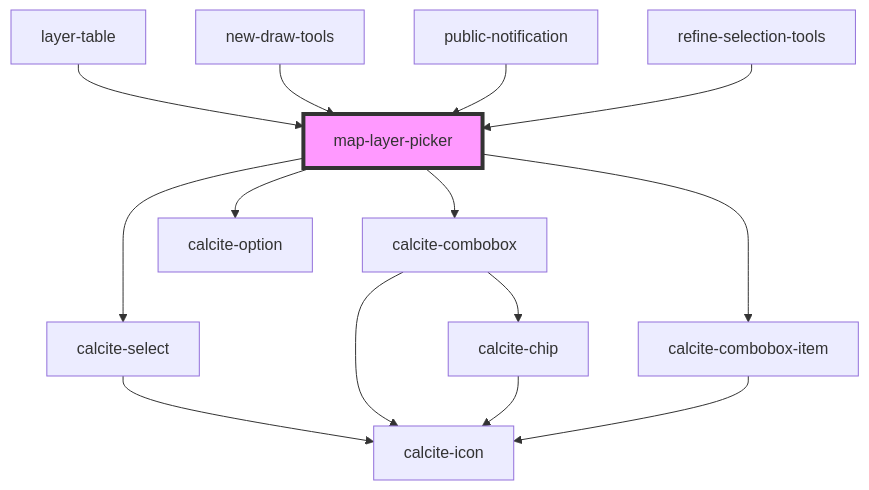
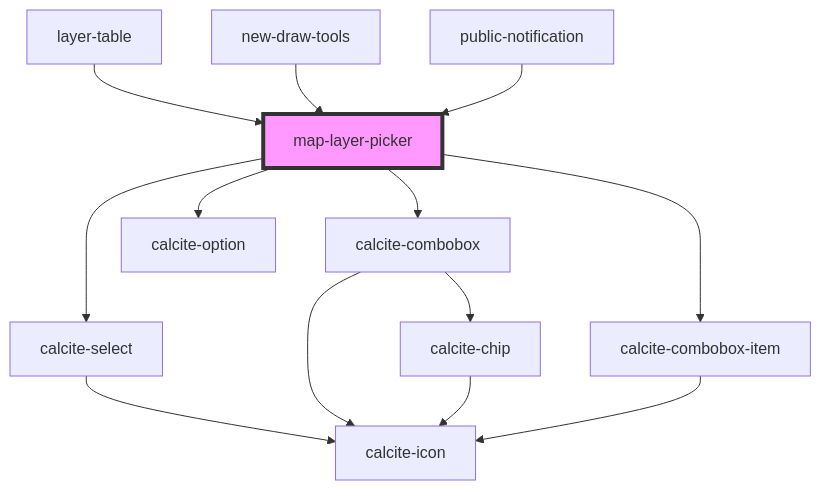
Before and after one commit to Esri/solutions-components: the diagram in src/components/map-layer-picker/readme.md, drawn with Mermaid. The commit also changed other lines of this file and 15 other files, not shown here.

Commit message:
remove map-draw-tools and refine-selection-tools

````diff
--- a/src/components/map-layer-picker/readme.md
+++ b/src/components/map-layer-picker/readme.md
@@ -42,17 +41,16 @@
 ```mermaid
 graph TD;
   map-layer-picker --> calcite-select
   map-layer-picker --> calcite-combobox
   map-layer-picker --> calcite-combobox-item
   map-layer-picker --> calcite-option
   calcite-select --> calcite-icon
   calcite-combobox --> calcite-chip
   calcite-combobox --> calcite-icon
   calcite-chip --> calcite-icon
   calcite-combobox-item --> calcite-icon
   layer-table --> map-layer-picker
   new-draw-tools --> map-layer-picker
   public-notification --> map-layer-picker
-  refine-selection-tools --> map-layer-picker
   style map-layer-picker fill:#f9f,stroke:#333,stroke-width:4px
 ```
````
